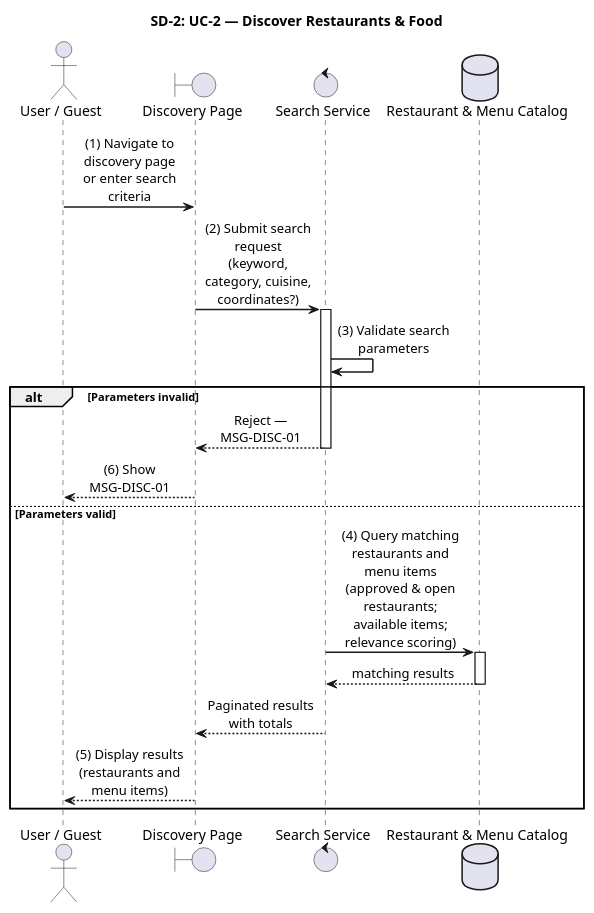
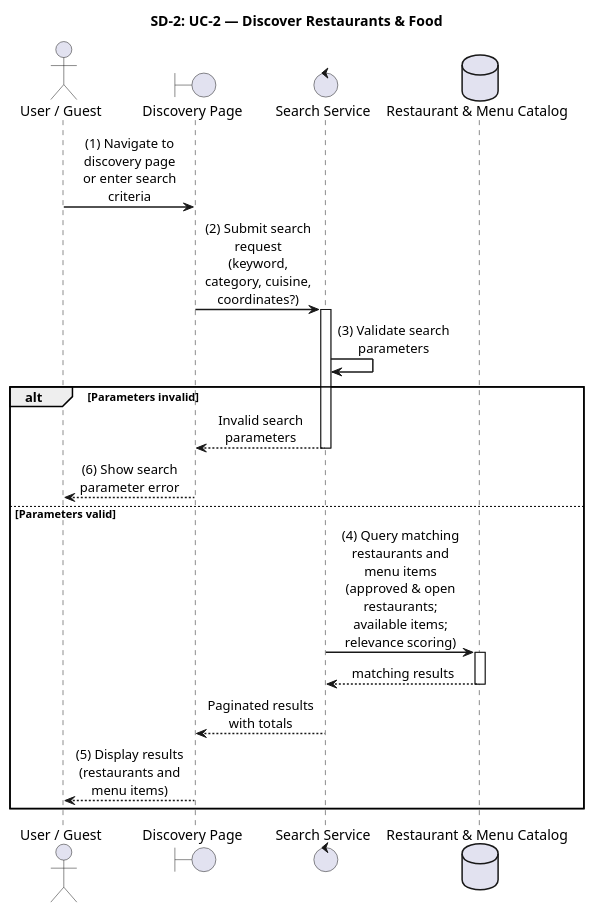
The second of 35 diagrams in apps/api/docs/Final_Documents/SRS_SequenceDiagrams.md (luubinhdeptrai/Food_Delivery), drawn with PlantUML before and after one commit. The commit also changed other lines of this file, not shown here.

Commit message:
complete sequence diagram

````diff
--- a/apps/api/docs/Final_Documents/SRS_SequenceDiagrams.md
+++ b/apps/api/docs/Final_Documents/SRS_SequenceDiagrams.md
@@ -142,42 +151,42 @@
 ```plantuml
 @startuml SD-2_DiscoverRestaurants
 
 skinparam shadowing false
 skinparam sequenceMessageAlign center
 skinparam responseMessageBelowArrow true
 skinparam maxMessageSize 120
 skinparam sequenceArrowThickness 1.5
 skinparam ParticipantPadding 20
 skinparam BoxPadding 10
 
 title SD-2: UC-2 — Discover Restaurants & Food
 
 actor "User / Guest" as Actor
 boundary "Discovery Page" as UI
 control "Search Service" as SearchSvc
 database "Restaurant & Menu Catalog" as Catalog
 
 autonumber stop
 
 Actor -> UI : (1) Navigate to discovery page\nor enter search criteria
 UI -> SearchSvc : (2) Submit search request\n(keyword, category, cuisine, coordinates?)
 activate SearchSvc
 
 SearchSvc -> SearchSvc : (3) Validate search parameters
 
 alt Parameters invalid
-    SearchSvc --> UI : Reject — MSG-DISC-01
+    SearchSvc --> UI : Invalid search parameters
     deactivate SearchSvc
-    UI --> Actor : (6) Show MSG-DISC-01
+    UI --> Actor : (6) Show search parameter error
 else Parameters valid
     SearchSvc -> Catalog : (4) Query matching restaurants and menu items\n(approved & open restaurants; available items; relevance scoring)
     activate Catalog
     Catalog --> SearchSvc : matching results
     deactivate Catalog
     SearchSvc --> UI : Paginated results with totals
     deactivate SearchSvc
     UI --> Actor : (5) Display results\n(restaurants and menu items)
 end
 
 @enduml
 ```
````
